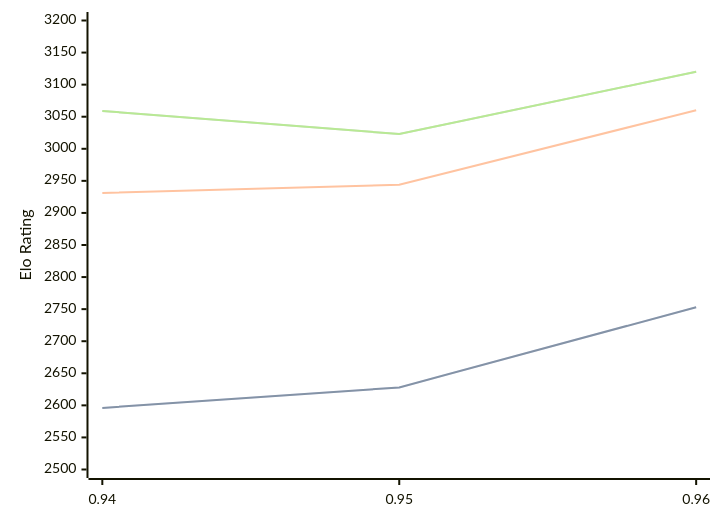
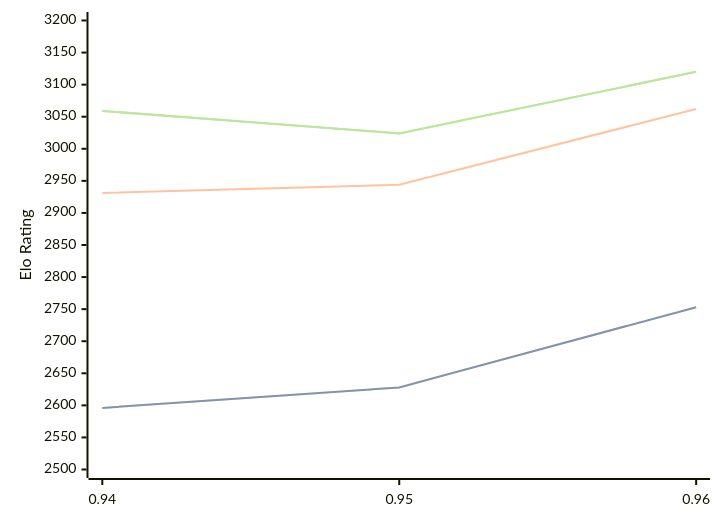
One commit to computer-chess-index/cci changed the diagram in engines/Myrddin.md. Above: the diagram before and after it, drawn with Mermaid. The commit also changed other lines of this file, not shown here.

Commit message:
Update CCI Ratings (ELO VLTC) - 2026-09-09

````diff
--- a/engines/Myrddin.md
+++ b/engines/Myrddin.md
@@ -33,11 +33,11 @@
 ```mermaid
 %%{init: {"theme":"base","themeVariables":{"seriesColors:['#a3a3a3','#222221','#faa371']}}}%%
 xychart-beta
   x-axis ["0.94", "0.95", "0.96"]
   y-axis "Elo Rating" 2500 --> 3200
   line "" [2596, 2628, 2753]
   line "STC (8.0+0.08s)" [2596, 2628, 2753]
-  line "LTC (60.0+0.60s)" [2931, 2944, 3060]
-  line "" [3059, 3023, 3120]
-  line "VLTC (2m24s+1.12s)" [3059, 3023, 3120]
+  line "LTC (60.0+0.60s)" [2931, 2944, 3062]
+  line "" [3059, 3024, 3120]
+  line "VLTC (2m24s+1.12s)" [3059, 3024, 3120]
 ```
````
